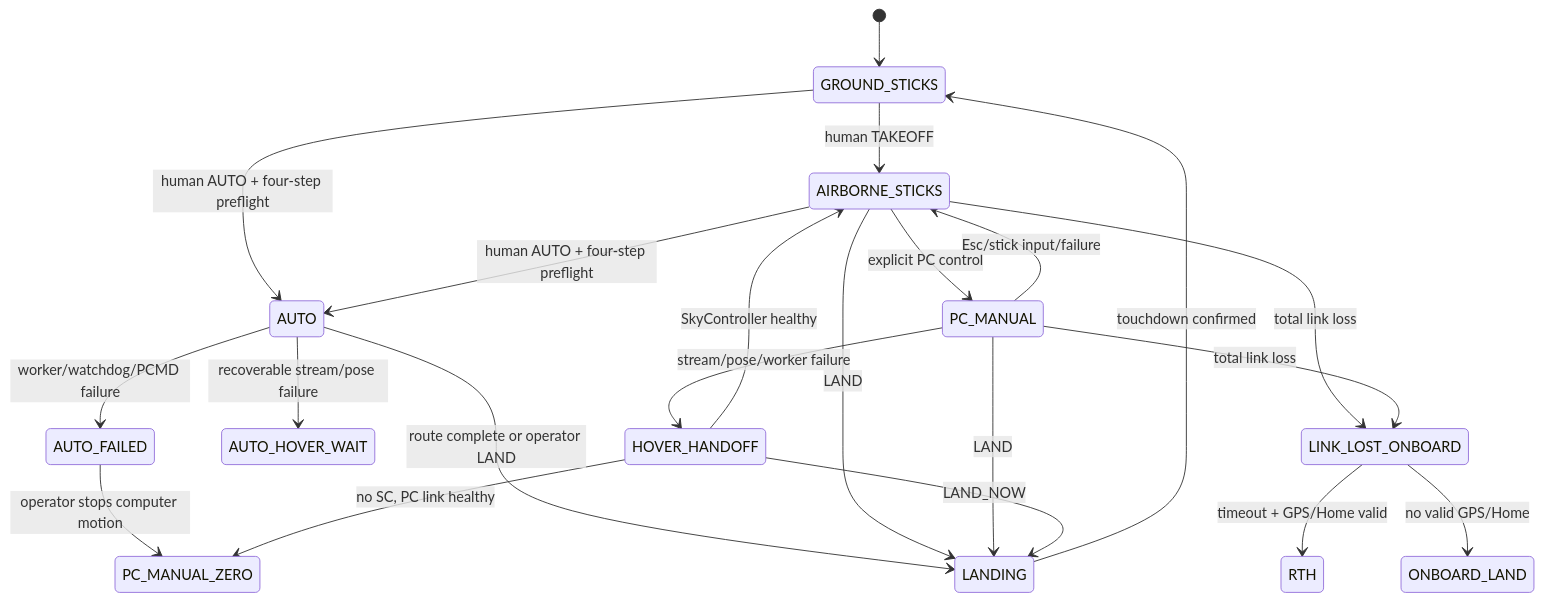
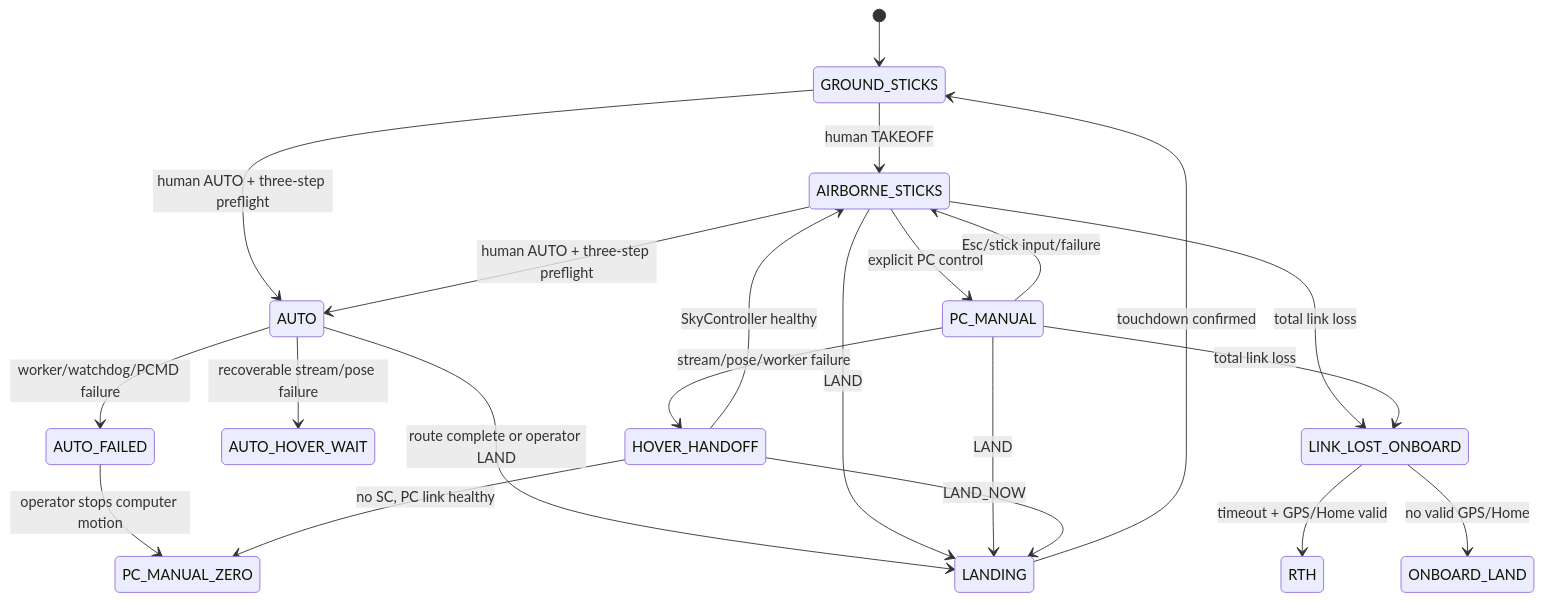
One commit to 1122-gggggg/wulai-sfm-localization changed the fifth of 5 diagrams in 文件/SYSTEM_SPEC.md. Above: the diagram before and after it, drawn with Mermaid. The commit also changed other lines of this file and 428 other files, not shown here.

````diff
--- a/文件/SYSTEM_SPEC.md
+++ b/文件/SYSTEM_SPEC.md
@@ -671,24 +671,24 @@
 ```mermaid
 stateDiagram-v2
     [*] --> GROUND_STICKS
     GROUND_STICKS --> AIRBORNE_STICKS: human TAKEOFF
     AIRBORNE_STICKS --> PC_MANUAL: explicit PC control
     PC_MANUAL --> AIRBORNE_STICKS: Esc/stick input/failure
     PC_MANUAL --> HOVER_HANDOFF: stream/pose/worker failure
-    GROUND_STICKS --> AUTO: human AUTO + four-step preflight
-    AIRBORNE_STICKS --> AUTO: human AUTO + four-step preflight
+    GROUND_STICKS --> AUTO: human AUTO + three-step preflight
+    AIRBORNE_STICKS --> AUTO: human AUTO + three-step preflight
     AUTO --> AUTO_HOVER_WAIT: recoverable stream/pose failure
     AUTO --> AUTO_FAILED: worker/watchdog/PCMD failure
     AUTO --> LANDING: route complete or operator LAND
     AUTO_FAILED --> PC_MANUAL_ZERO: operator stops computer motion
     HOVER_HANDOFF --> AIRBORNE_STICKS: SkyController healthy
     HOVER_HANDOFF --> PC_MANUAL_ZERO: no SC, PC link healthy
     AIRBORNE_STICKS --> LANDING: LAND
     PC_MANUAL --> LANDING: LAND
     HOVER_HANDOFF --> LANDING: LAND_NOW
     LANDING --> GROUND_STICKS: touchdown confirmed
     AIRBORNE_STICKS --> LINK_LOST_ONBOARD: total link loss
     PC_MANUAL --> LINK_LOST_ONBOARD: total link loss
     LINK_LOST_ONBOARD --> RTH: timeout + GPS/Home valid
     LINK_LOST_ONBOARD --> ONBOARD_LAND: no valid GPS/Home
 ```
````
